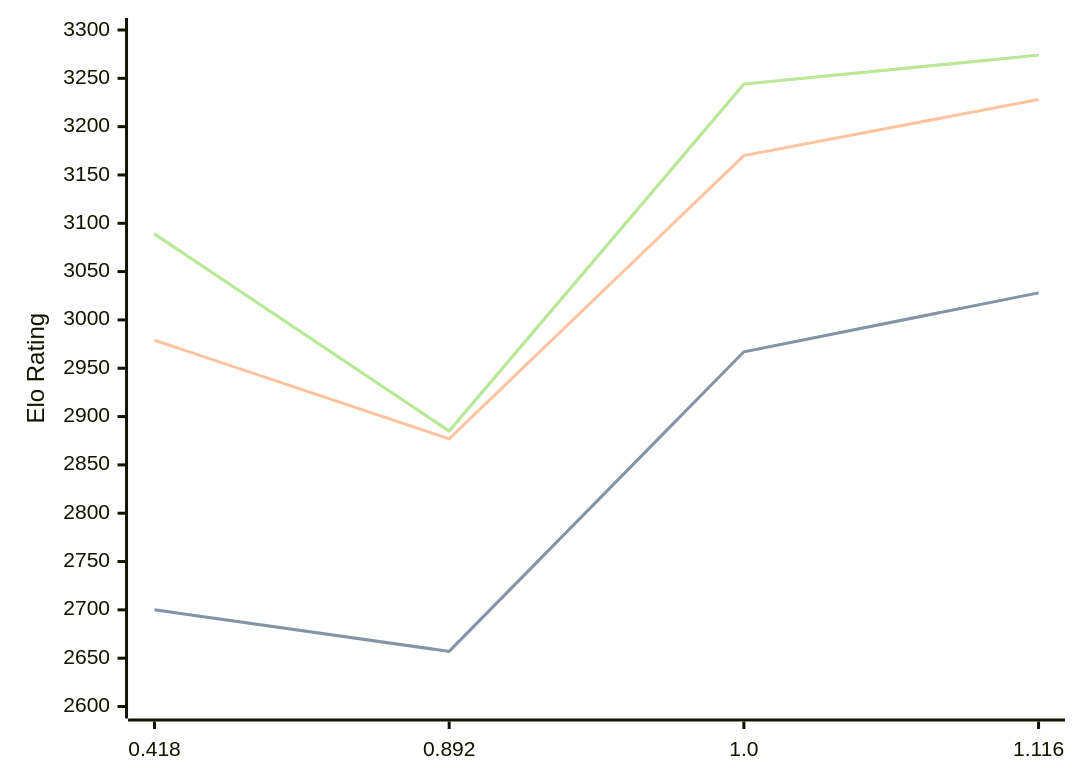
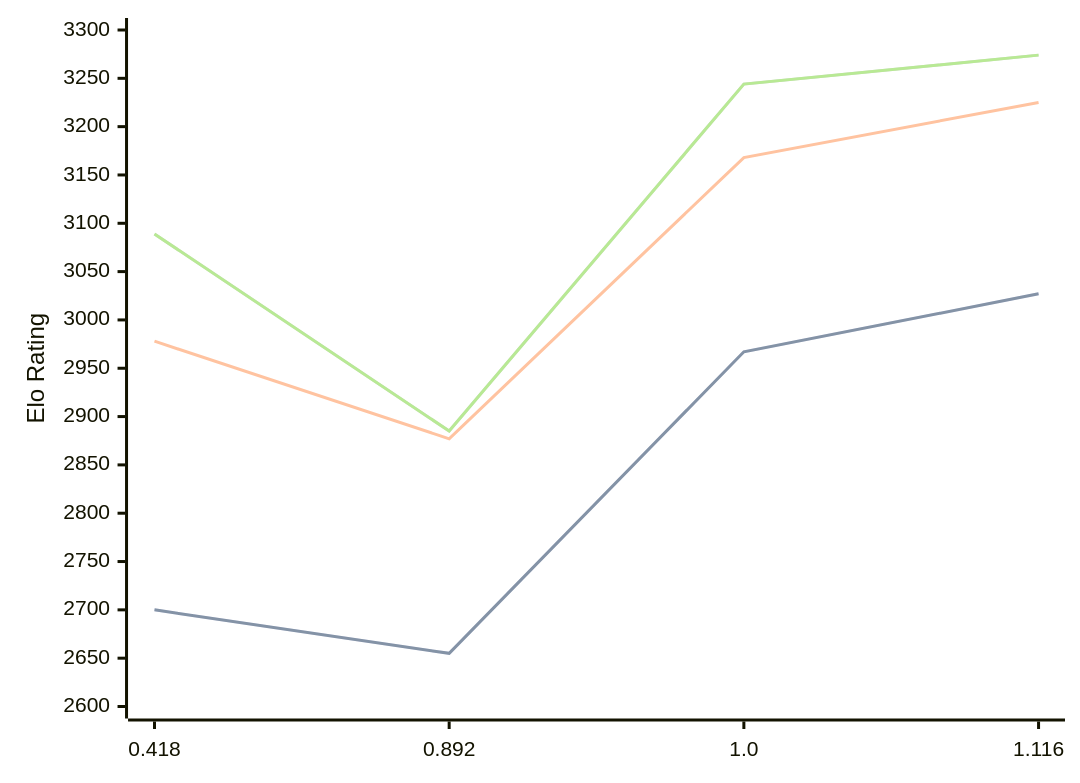
One commit to computer-chess-index/cci changed the first of 3 diagrams in engines/Malika.md. Above: the diagram before and after it, drawn with Mermaid. The commit also changed other lines of this file, not shown here.

````diff
--- a/engines/Malika.md
+++ b/engines/Malika.md
@@ -34,11 +34,11 @@
 ```mermaid
 %%{init: {"theme":"base","themeVariables":{"seriesColors:['#a3a3a3','#222221','#faa371']}}}%%
 xychart-beta
   x-axis ["0.418", "0.892", "1.0", "1.116"]
   y-axis "Elo Rating" 2600 --> 3300
-  line "STC (8.0+0.08s)" [2700, 2657, 2967, 3028]
-  line "STC (8.0+0.08s)" [2700, 2657, 2967, 3028]
-  line "LTC (60.0+0.60s)" [2979, 2877, 3170, 3228]
+  line "STC (8.0+0.08s)" [2700, 2655, 2967, 3027]
+  line "STC (8.0+0.08s)" [2700, 2655, 2967, 3027]
+  line "LTC (60.0+0.60s)" [2978, 2877, 3168, 3225]
   line "VLTC (2m24s+1.12s)" [3089, 2885, 3244, 3274]
   line "VLTC (2m24s+1.12s)" [3089, 2885, 3244, 3274]
 ```
````
